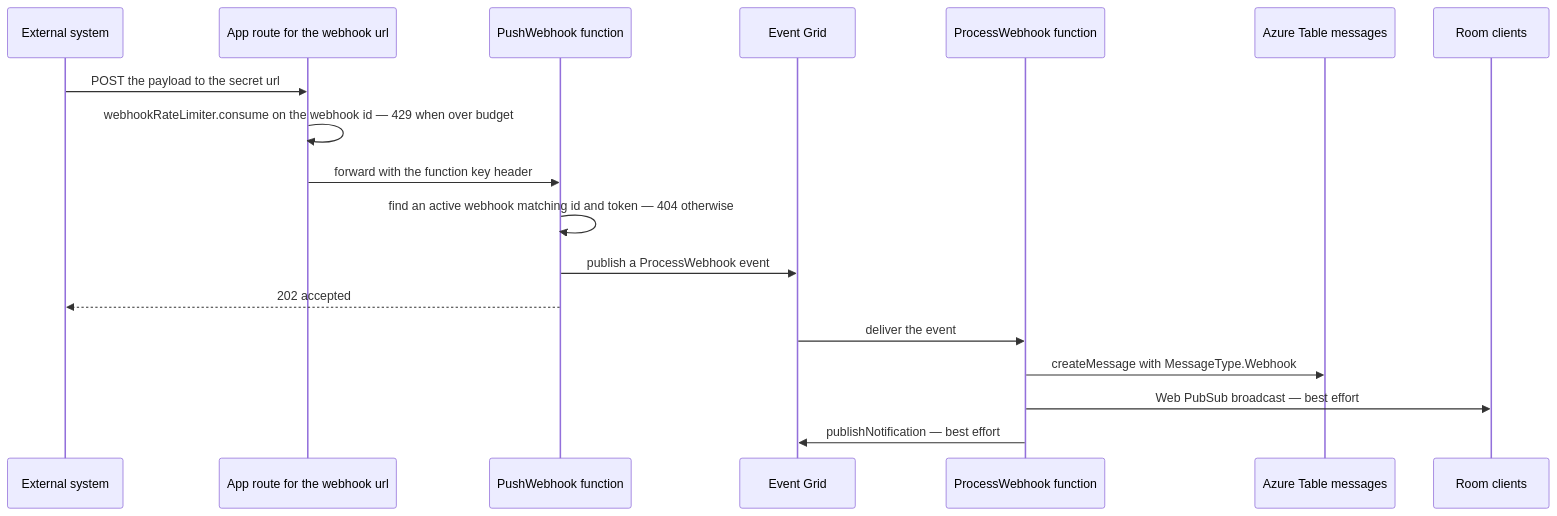
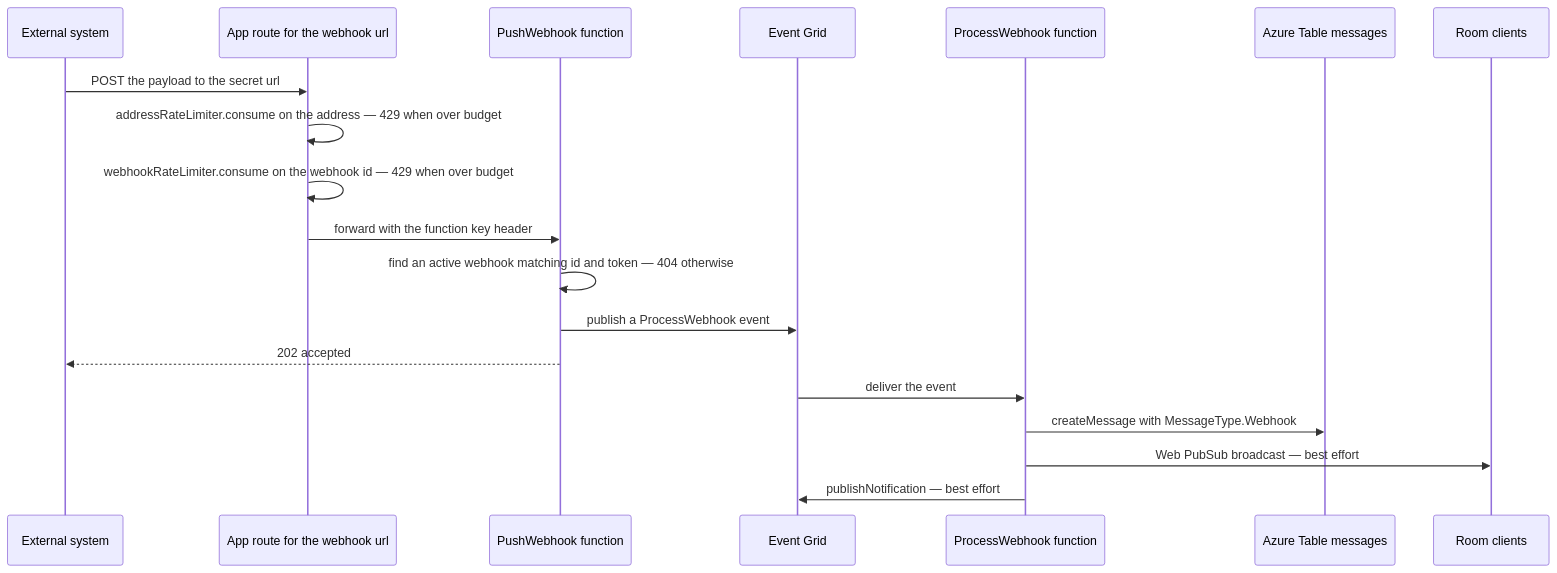
Before and after one commit to Esposter/Esposter: the diagram in openspec/specs/esbabbler/webhooks/design.md, drawn with Mermaid. The commit also changed other lines of this file and 8 other files, not shown here.

First line of the commit message:
fix(web): an address budget caps the webhook push route across ids

````diff
--- a/openspec/specs/esbabbler/webhooks/design.md
+++ b/openspec/specs/esbabbler/webhooks/design.md
@@ -15,21 +15,22 @@
 ```mermaid
 sequenceDiagram
   participant Ext as External system
   participant Nitro as App route for the webhook url
   participant Push as PushWebhook function
   participant Grid as Event Grid
   participant Proc as ProcessWebhook function
   participant Table as Azure Table messages
   participant Client as Room clients
 
   Ext->>Nitro: POST the payload to the secret url
+  Nitro->>Nitro: addressRateLimiter.consume on the address — 429 when over budget
   Nitro->>Nitro: webhookRateLimiter.consume on the webhook id — 429 when over budget
   Nitro->>Push: forward with the function key header
   Push->>Push: find an active webhook matching id and token — 404 otherwise
   Push->>Grid: publish a ProcessWebhook event
   Push-->>Ext: 202 accepted
   Grid->>Proc: deliver the event
   Proc->>Table: createMessage with MessageType.Webhook
   Proc->>Client: Web PubSub broadcast — best effort
   Proc->>Grid: publishNotification — best effort
 ```
````
